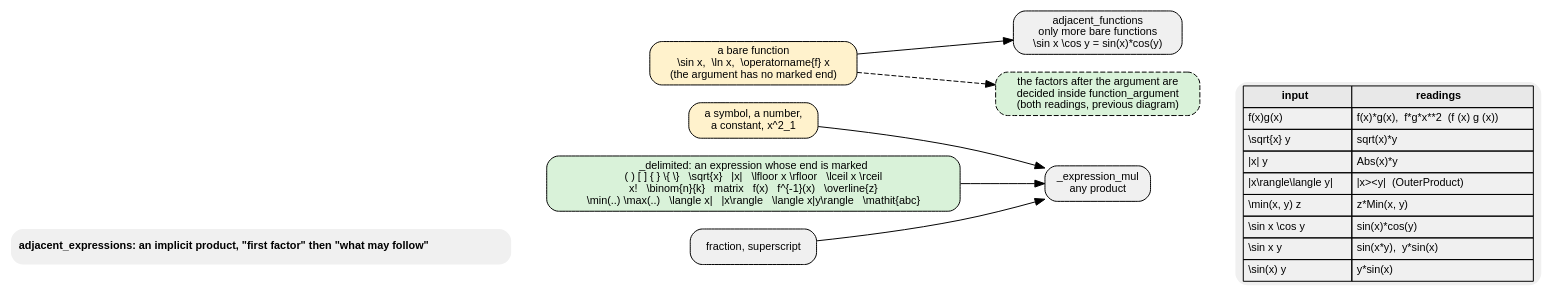
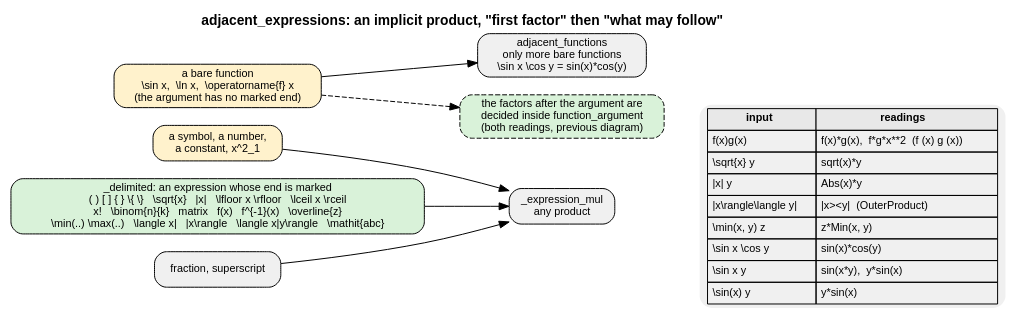
One commit to Upabjojr/sympy changed the diagram in 4_delimited.dot. Above: the diagram before and after it, drawn with Graphviz. The commit also changed 1 other file, not shown here.

Commit message:
Move the title of the implicit product diagram

```diff
--- a/4_delimited.dot
+++ b/4_delimited.dot
@@ -1,36 +1,35 @@
 digraph delimited {
   rankdir=LR
   node [shape=box, style="rounded,filled", fillcolor="#f0f0f0", fontname="Helvetica", fontsize=11]
   edge [fontname="Helvetica", fontsize=10]
 
-  title [shape=plaintext, label=<<b>adjacent_expressions: an implicit product, "first factor" then "what may follow"</b>>]
+  label=<<b>adjacent_expressions: an implicit product, "first factor" then "what may follow"</b>>; labelloc=t; fontname="Helvetica"
 
   sym  [label="a symbol, a number,\na constant, x^2_1", fillcolor="#fff2cc"]
   del  [label="_delimited: an expression whose end is marked\n( ) [ ] { } \\{ \\}   \\sqrt{x}   |x|   \\lfloor x \\rfloor   \\lceil x \\rceil\nx!   \\binom{n}{k}   matrix   f(x)   f^{-1}(x)   \\overline{z}\n\\min(..) \\max(..)   \\langle x|   |x\\rangle   \\langle x|y\\rangle   \\mathit{abc}", fillcolor="#d9f2d9"]
   frac [label="fraction, superscript"]
   bare [label="a bare function\n\\sin x,  \\ln x,  \\operatorname{f} x\n(the argument has no marked end)", fillcolor="#fff2cc"]
 
   any  [label="_expression_mul\nany product", fillcolor="#f0f0f0"]
   funcs [label="adjacent_functions\nonly more bare functions\n\\sin x \\cos y = sin(x)*cos(y)"]
   inside [label="the factors after the argument are\ndecided inside function_argument\n(both readings, previous diagram)", fillcolor="#d9f2d9", style="rounded,filled,dashed"]
 
   sym -> any
   del -> any
   frac -> any
   bare -> funcs
   bare -> inside [style=dashed]
 
   examples [shape=plaintext, label=<<table border="0" cellborder="1" cellspacing="0" cellpadding="4">
     <tr><td bgcolor="#e8e8e8"><b>input</b></td><td bgcolor="#e8e8e8"><b>readings</b></td></tr>
     <tr><td align="left">f(x)g(x)</td><td align="left">f(x)*g(x),  f*g*x**2  (f (x) g (x))</td></tr>
     <tr><td align="left">\sqrt{x} y</td><td align="left">sqrt(x)*y</td></tr>
     <tr><td align="left">|x| y</td><td align="left">Abs(x)*y</td></tr>
     <tr><td align="left">|x\rangle\langle y|</td><td align="left">|x&gt;&lt;y|  (OuterProduct)</td></tr>
     <tr><td align="left">\min(x, y) z</td><td align="left">z*Min(x, y)</td></tr>
     <tr><td align="left">\sin x \cos y</td><td align="left">sin(x)*cos(y)</td></tr>
     <tr><td align="left">\sin x y</td><td align="left">sin(x*y),  y*sin(x)</td></tr>
     <tr><td align="left">\sin(x) y</td><td align="left">y*sin(x)</td></tr>
     </table>>]
   any -> examples [style=invis]
-  {rank=source; title}
 }
```
